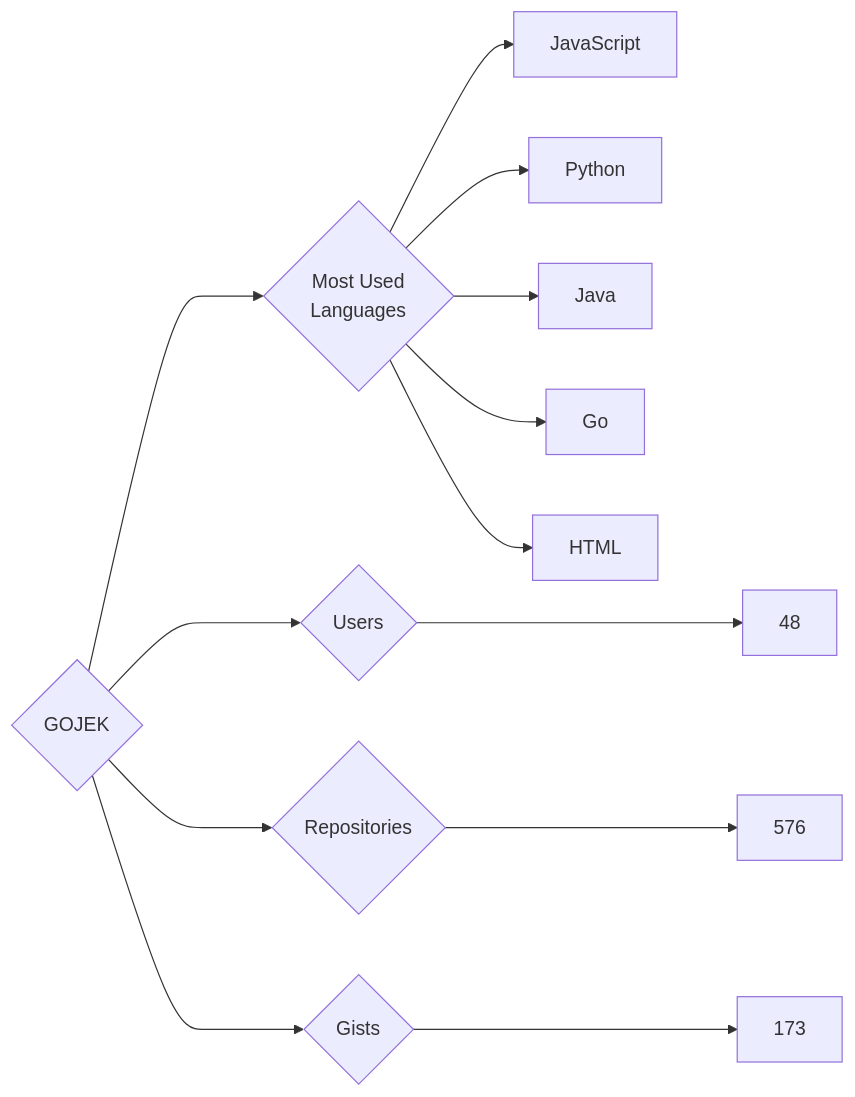
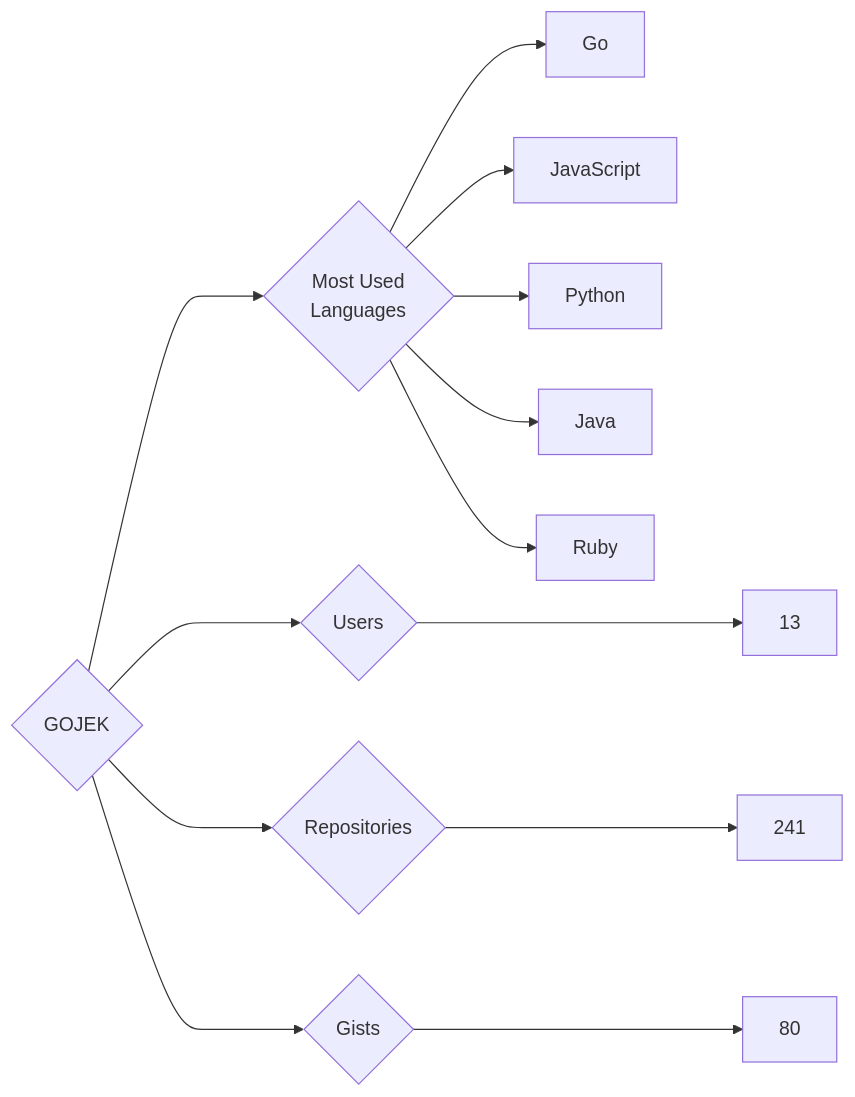
One commit to trickest/insiders changed the diagram in targets/GOJEK/README.md. Above: the diagram before and after it, drawn with Mermaid. The commit also changed 775 other files, not shown here.

````diff
--- a/targets/GOJEK/README.md
+++ b/targets/GOJEK/README.md
@@ -3,13 +3,13 @@
 ```mermaid
 graph LR
 COMPANY_NAME{GOJEK}
-COMPANY_NAME ---> U{Users} ---> UN[48]
-COMPANY_NAME ---> R{Repositories} ---> RN[576]
-COMPANY_NAME ---> G{Gists} ---> GN[173]
+COMPANY_NAME ---> U{Users} ---> UN[13]
+COMPANY_NAME ---> R{Repositories} ---> RN[241]
+COMPANY_NAME ---> G{Gists} ---> GN[80]
 COMPANY_NAME ---> ML{Most Used<br>Languages}
+ML --> Go[Go]
 ML --> JavaScript[JavaScript]
 ML --> Python[Python]
 ML --> Java[Java]
-ML --> Go[Go]
-ML --> HTML[HTML]
+ML --> Ruby[Ruby]
 ```
````
